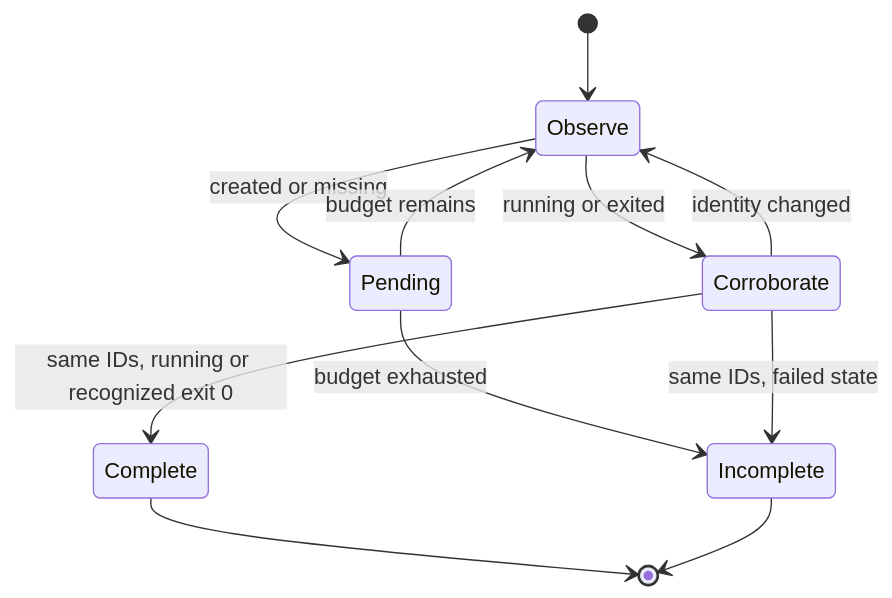
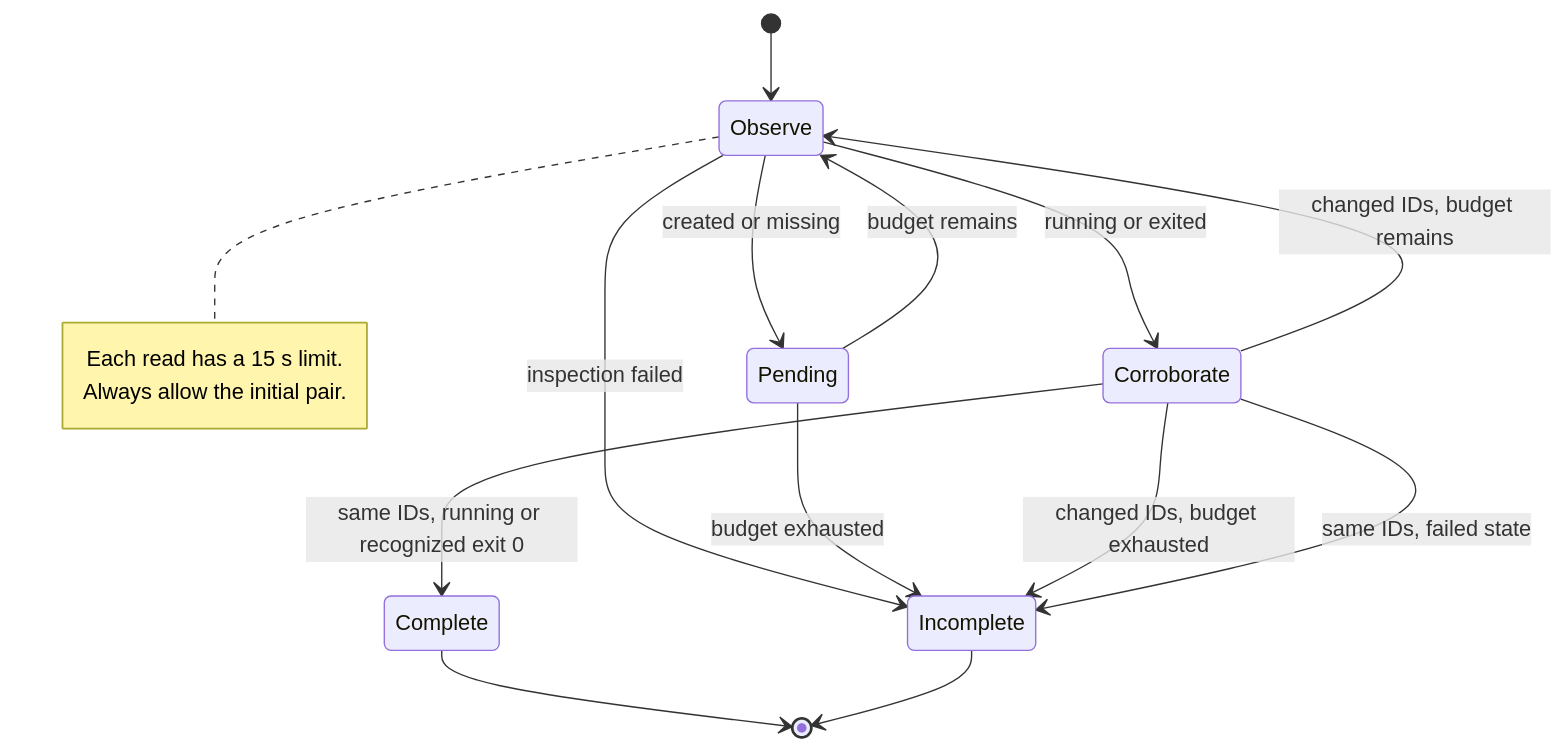
One commit to hack-dance/hack changed the diagram in docs/diagrams/compose-startup.mmd. Above: the diagram before and after it, drawn with Mermaid. The commit also changed 8 other files, not shown here.

```diff
--- a/docs/diagrams/compose-startup.mmd
+++ b/docs/diagrams/compose-startup.mmd
@@ -1,12 +1,18 @@
 stateDiagram-v2
     direction TB
     [*] --> Observe
+    Observe --> Incomplete: inspection failed
     Observe --> Pending: created or missing
     Observe --> Corroborate: running or exited
     Pending --> Observe: budget remains
     Pending --> Incomplete: budget exhausted
-    Corroborate --> Observe: identity changed
+    Corroborate --> Observe: changed IDs, budget remains
+    Corroborate --> Incomplete: changed IDs, budget exhausted
     Corroborate --> Complete: same IDs, running or recognized exit 0
     Corroborate --> Incomplete: same IDs, failed state
+    note right of Observe
+        Each read has a 15 s limit.
+        Always allow the initial pair.
+    end note
     Complete --> [*]
     Incomplete --> [*]
```
